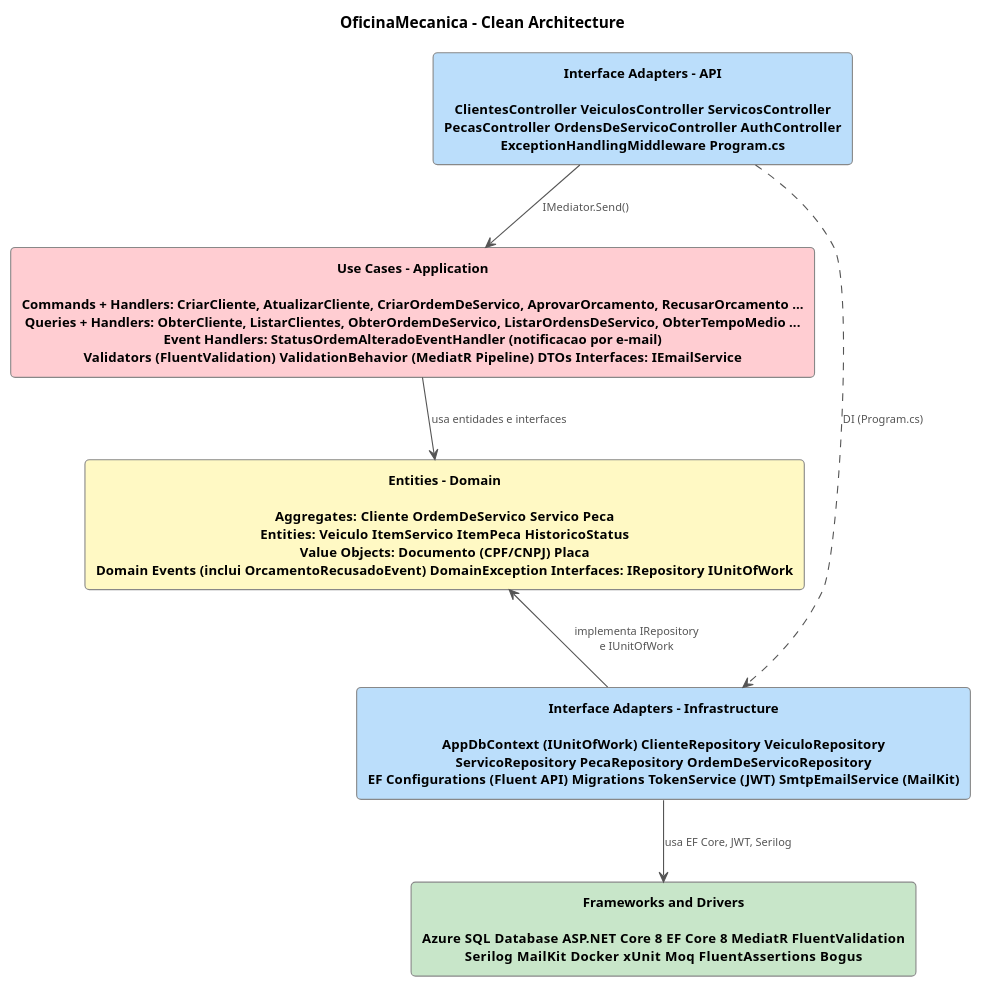
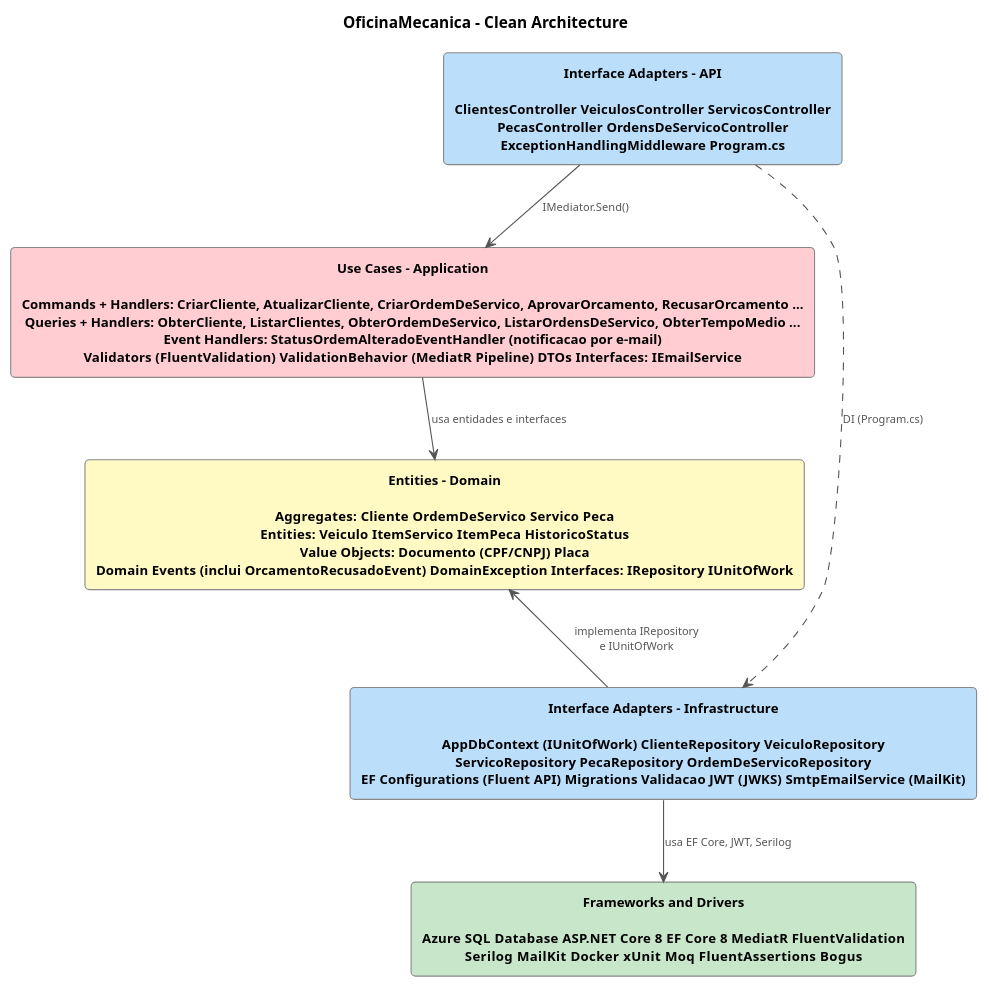
Before and after one commit to willianrmattos/OficinaMecanica: the diagram in docs/clean-architecture.puml, drawn with PlantUML. The commit also changed 30 other files, not shown here.

First line of the commit message:
feat: remove emissao de JWT do monolito, valida so RS256/JWKS do OficinaMecanica.Seguranca

```diff
--- a/docs/clean-architecture.puml
+++ b/docs/clean-architecture.puml
@@ -1,36 +1,36 @@
 @startuml clean-architecture
 title OficinaMecanica - Clean Architecture
 
 skinparam defaultFontName Arial
 skinparam defaultFontSize 11
 skinparam defaultTextAlignment center
 
 skinparam rectangle {
     RoundCorner     8
     BorderColor     #888888
     BorderThickness 1
     FontSize        12
     FontStyle       bold
 }
 
 skinparam ArrowColor     #555555
 skinparam ArrowFontColor #555555
 skinparam ArrowFontSize  10
 
-rectangle "Interface Adapters - API\n\nClientesController  VeiculosController  ServicosController\nPecasController  OrdensDeServicoController  AuthController\nExceptionHandlingMiddleware  Program.cs" as api #BBDEFB
+rectangle "Interface Adapters - API\n\nClientesController  VeiculosController  ServicosController\nPecasController  OrdensDeServicoController\nExceptionHandlingMiddleware  Program.cs" as api #BBDEFB
 
 rectangle "Use Cases - Application\n\nCommands + Handlers: CriarCliente, AtualizarCliente, CriarOrdemDeServico, AprovarOrcamento, RecusarOrcamento ...\nQueries + Handlers: ObterCliente, ListarClientes, ObterOrdemDeServico, ListarOrdensDeServico, ObterTempoMedio ...\nEvent Handlers: StatusOrdemAlteradoEventHandler (notificacao por e-mail)\nValidators (FluentValidation)  ValidationBehavior (MediatR Pipeline)  DTOs  Interfaces: IEmailService" as app #FFCDD2
 
 rectangle "Entities - Domain\n\nAggregates: Cliente  OrdemDeServico  Servico  Peca\nEntities: Veiculo  ItemServico  ItemPeca  HistoricoStatus\nValue Objects: Documento (CPF/CNPJ)  Placa\nDomain Events (inclui OrcamentoRecusadoEvent)  DomainException  Interfaces: IRepository  IUnitOfWork" as dom #FFF9C4
 
-rectangle "Interface Adapters - Infrastructure\n\nAppDbContext (IUnitOfWork)  ClienteRepository  VeiculoRepository\nServicoRepository  PecaRepository  OrdemDeServicoRepository\nEF Configurations (Fluent API)  Migrations  TokenService (JWT)  SmtpEmailService (MailKit)" as infra #BBDEFB
+rectangle "Interface Adapters - Infrastructure\n\nAppDbContext (IUnitOfWork)  ClienteRepository  VeiculoRepository\nServicoRepository  PecaRepository  OrdemDeServicoRepository\nEF Configurations (Fluent API)  Migrations  Validacao JWT (JWKS)  SmtpEmailService (MailKit)" as infra #BBDEFB
 
 rectangle "Frameworks and Drivers\n\nAzure SQL Database  ASP.NET Core 8  EF Core 8  MediatR  FluentValidation\nSerilog  MailKit  Docker  xUnit  Moq  FluentAssertions  Bogus" as fw #C8E6C9
 
 api   -down->   app   : IMediator.Send()
 api   ..>         infra : DI (Program.cs)
 app   -down->   dom   : usa entidades e interfaces
 infra -up->     dom   : implementa IRepository\ne IUnitOfWork
 infra -down->   fw    : usa EF Core, JWT, Serilog
 
 @enduml
```
